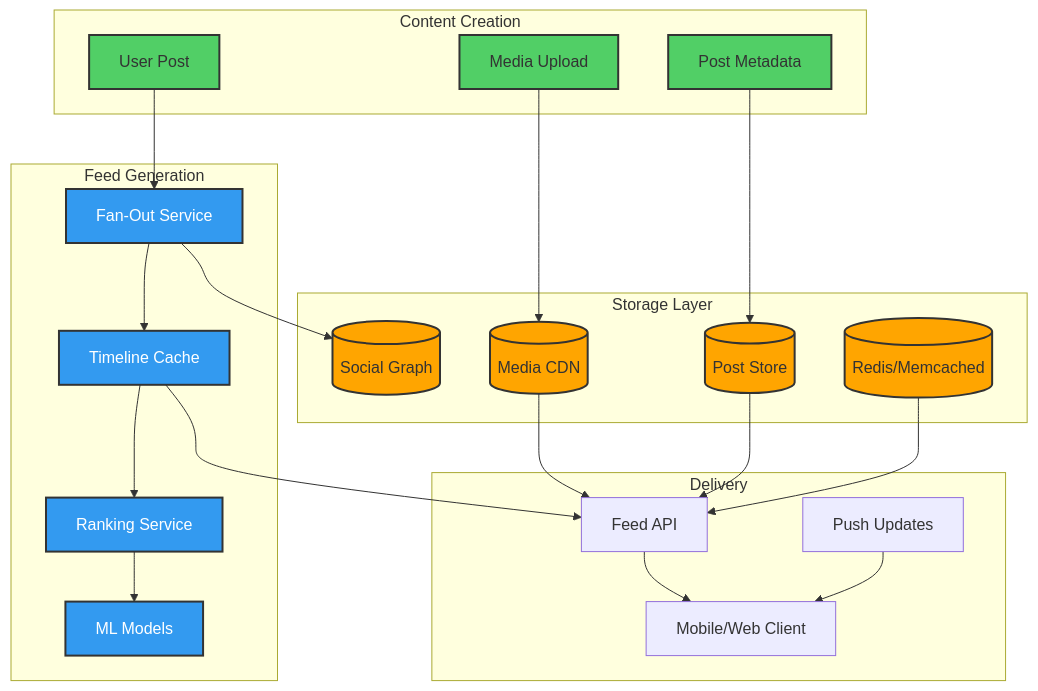
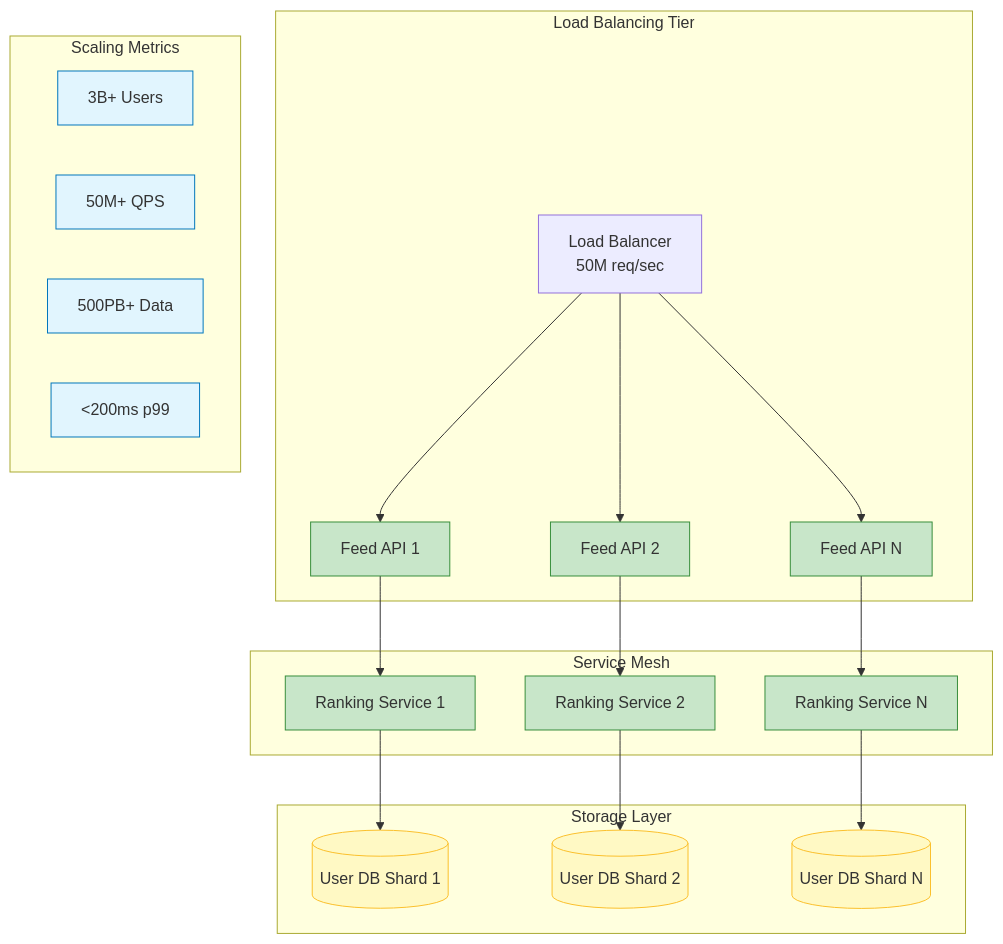
Before and after one commit to deepaucksharma/DStudio: diagram 11 of 12 in docs/case-studies/social-media-feed.md, drawn with Mermaid. The commit also changed other lines of this file and 126 other files, not shown here.

````diff
--- a/docs/case-studies/social-media-feed.md
+++ b/docs/case-studies/social-media-feed.md
@@ -15,53 +899,36 @@
 ```mermaid
 graph TB
-    subgraph "Content Creation"
-        User[User Post]
-        Media[Media Upload]
-        Metadata[Post Metadata]
+    subgraph "Load Balancing Tier"
+        LB[Load Balancer<br/>50M req/sec]
+        LB --> API1[Feed API 1]
+        LB --> API2[Feed API 2]
+        LB --> API3[Feed API N]
     end
     
-    subgraph "Feed Generation"
-        FanOut[Fan-Out Service]
-        Timeline[Timeline Cache]
-        Ranking[Ranking Service]
-        ML[ML Models]
+    subgraph "Service Mesh"
+        API1 --> RANK1[Ranking Service 1]
+        API2 --> RANK2[Ranking Service 2]
+        API3 --> RANK3[Ranking Service N]
     end
     
     subgraph "Storage Layer"
-        PostDB[(Post Store)]
-        GraphDB[(Social Graph)]
-        MediaStore[(Media CDN)]
-        Cache[(Redis/Memcached)]
+        RANK1 --> DB1[(User DB Shard 1)]
+        RANK2 --> DB2[(User DB Shard 2)]
+        RANK3 --> DB3[(User DB Shard N)]
     end
     
-    subgraph "Delivery"
-        API[Feed API]
-        Push[Push Updates]
-        Client[Mobile/Web Client]
+    subgraph "Scaling Metrics"
+        USERS[3B+ Users]
+        QPS[50M+ QPS]
+        STORAGE[500PB+ Data]
+        LATENCY[<200ms p99]
     end
     
-    User --> FanOut
-    Media --> MediaStore
-    Metadata --> PostDB
+    classDef service fill:#c8e6c9,stroke:#388e3c
+    classDef storage fill:#fff9c4,stroke:#fbc02d
+    classDef metrics fill:#e1f5fe,stroke:#0277bd
     
-    FanOut --> Timeline
-    FanOut --> GraphDB
-    Timeline --> Ranking
-    Ranking --> ML
-    
-    PostDB --> API
-    Timeline --> API
-    MediaStore --> API
-    Cache --> API
-    
-    API --> Client
-    Push --> Client
-    
-    classDef creation fill:#51cf66,stroke:#333,stroke-width:2px
-    classDef generation fill:#339af0,stroke:#333,stroke-width:2px,color:#fff
-    classDef storage fill:#FFA500,stroke:#333,stroke-width:2px
-    
-    class User,Media,Metadata creation
-    class FanOut,Timeline,Ranking,ML generation
-    class PostDB,GraphDB,MediaStore,Cache storage
+    class API1,API2,API3,RANK1,RANK2,RANK3 service
+    class DB1,DB2,DB3 storage
+    class USERS,QPS,STORAGE,LATENCY metrics
 ```
````
